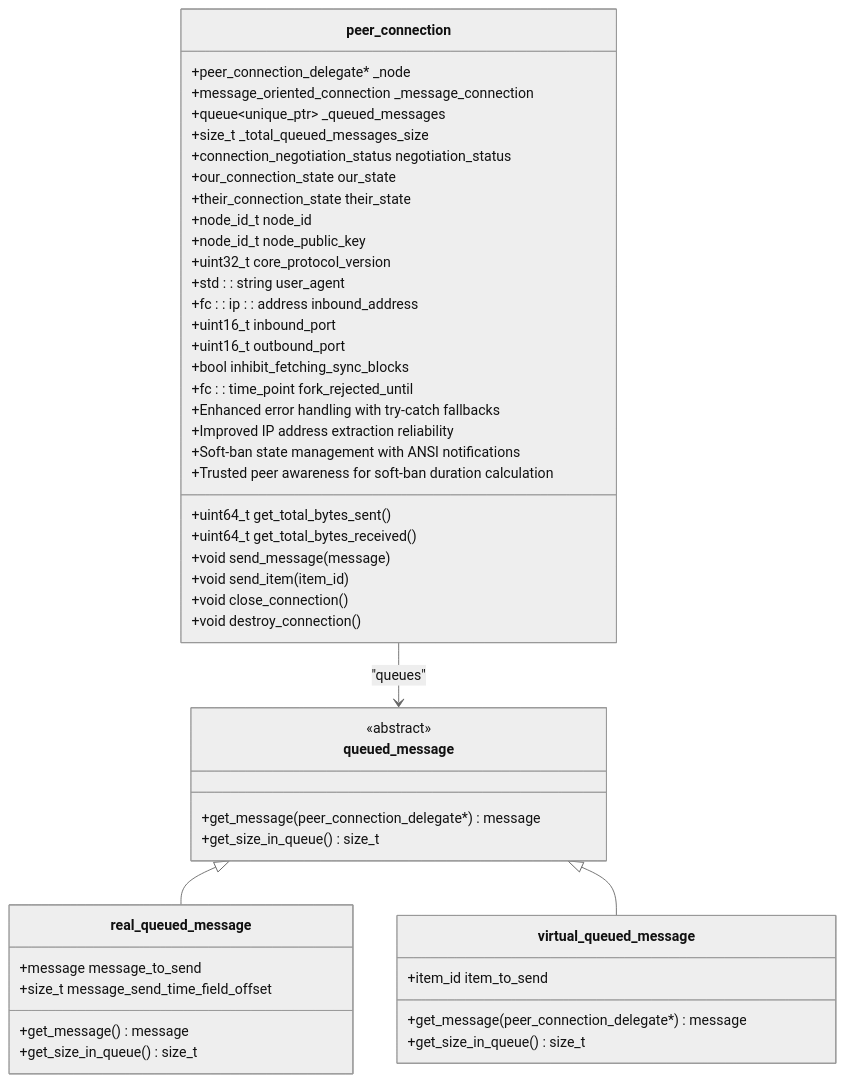
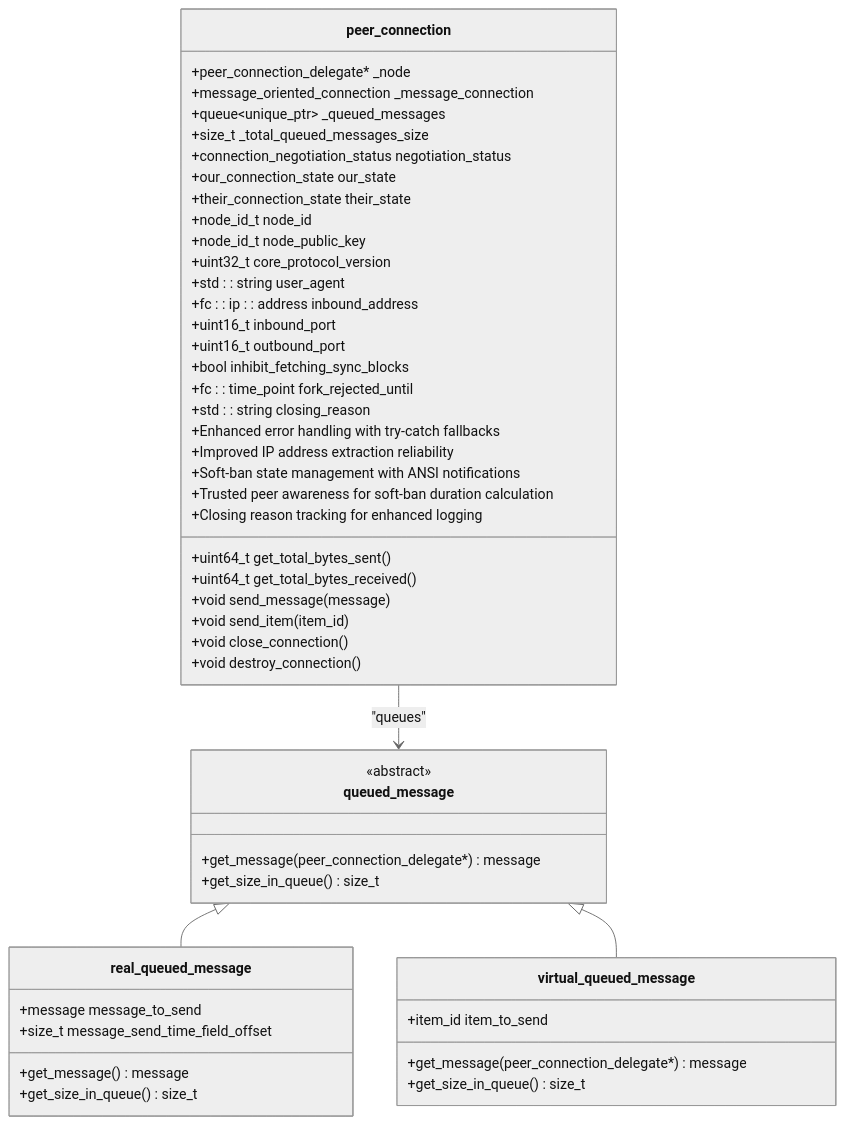
The third of 13 diagrams in .qoder/repowiki/en/content/Architecture Overview/Core Libraries/Network Library/Peer Connection Management.md (VIZ-Blockchain/viz-cpp-node), drawn with Mermaid (neutral theme) before and after one commit. The commit also changed other lines of this file and 9 other files, not shown here.

````diff
--- a/.qoder/repowiki/en/content/Architecture Overview/Core Libraries/Network Library/Peer Connection Management.md
+++ b/.qoder/repowiki/en/content/Architecture Overview/Core Libraries/Network Library/Peer Connection Management.md
@@ -240,50 +235,52 @@
 ```mermaid
 classDiagram
 class peer_connection {
 +peer_connection_delegate* _node
 +message_oriented_connection _message_connection
 +queue~unique_ptr~ _queued_messages
 +size_t _total_queued_messages_size
 +connection_negotiation_status negotiation_status
 +our_connection_state our_state
 +their_connection_state their_state
 +node_id_t node_id
 +node_id_t node_public_key
 +uint32_t core_protocol_version
 +std : : string user_agent
 +fc : : ip : : address inbound_address
 +uint16_t inbound_port
 +uint16_t outbound_port
 +bool inhibit_fetching_sync_blocks
 +fc : : time_point fork_rejected_until
++std : : string closing_reason
 +uint64_t get_total_bytes_sent()
 +uint64_t get_total_bytes_received()
 +void send_message(message)
 +void send_item(item_id)
 +void close_connection()
 +void destroy_connection()
 +Enhanced error handling with try-catch fallbacks
 +Improved IP address extraction reliability
 +Soft-ban state management with ANSI notifications
 +Trusted peer awareness for soft-ban duration calculation
++Closing reason tracking for enhanced logging
 }
 class queued_message {
 <<abstract>>
 +get_message(peer_connection_delegate*) message
 +get_size_in_queue() size_t
 }
 class real_queued_message {
 +message message_to_send
 +size_t message_send_time_field_offset
 +get_message() message
 +get_size_in_queue() size_t
 }
 class virtual_queued_message {
 +item_id item_to_send
 +get_message(peer_connection_delegate*) message
 +get_size_in_queue() size_t
 }
 peer_connection --> queued_message : "queues"
 queued_message <|-- real_queued_message
 queued_message <|-- virtual_queued_message
 ```
````
